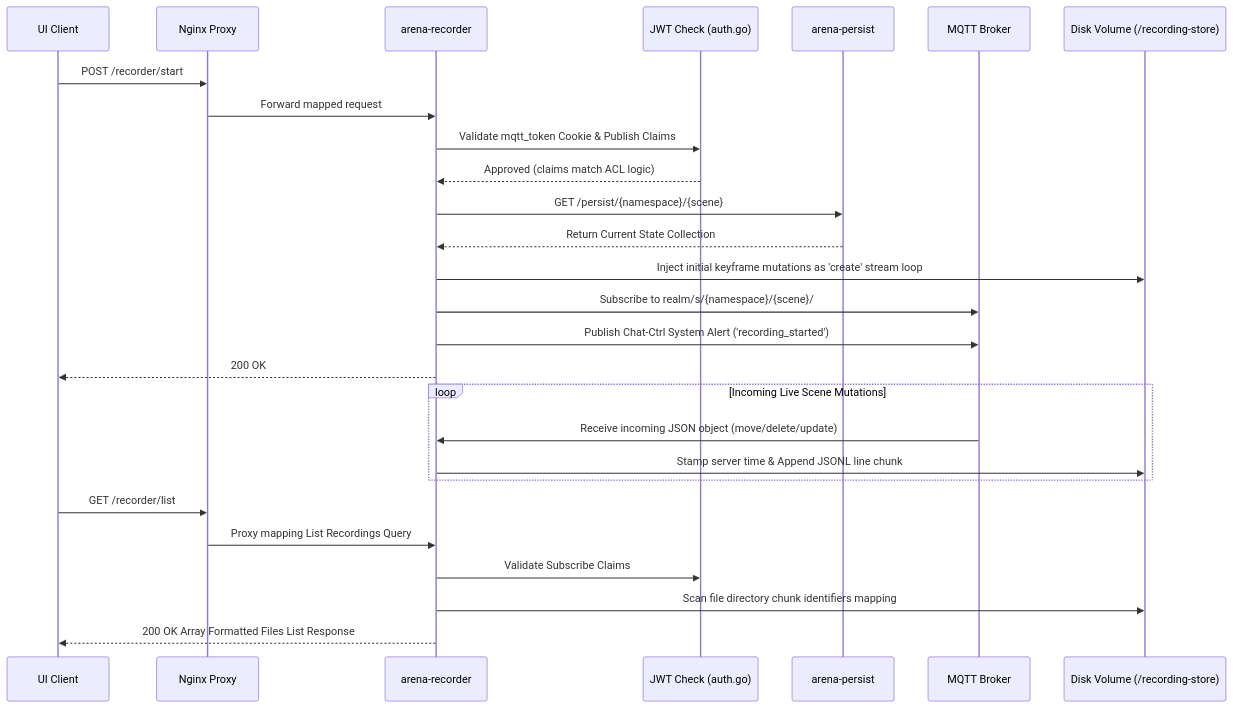
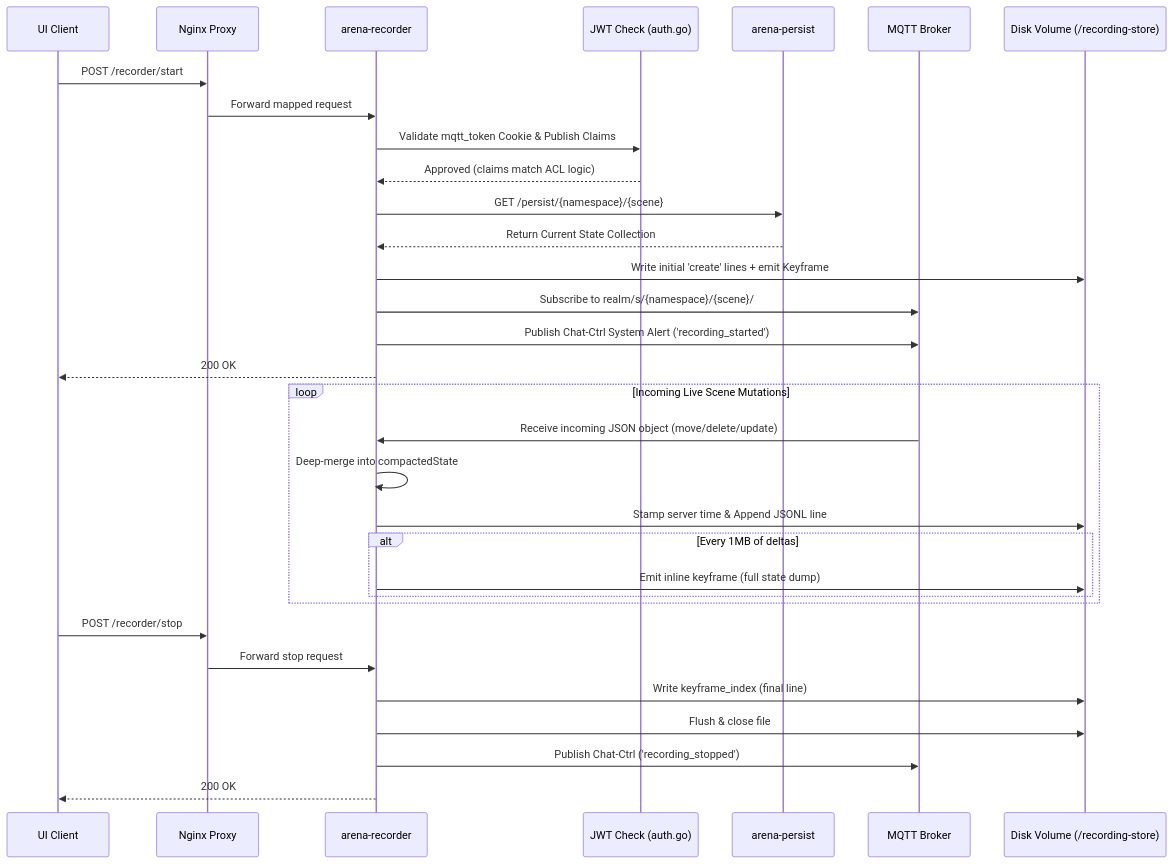
One commit to arenaxr/arena-recorder changed the second of 2 diagrams in REQUIREMENTS.md. Above: the diagram before and after it, drawn with Mermaid. The commit also changed other lines of this file, not shown here.

````diff
--- a/REQUIREMENTS.md
+++ b/REQUIREMENTS.md
@@ -79,34 +163,39 @@
 ```mermaid
 sequenceDiagram
     participant C as UI Client
     participant N as Nginx Proxy
     participant R as arena-recorder
     participant Auth as JWT Check (auth.go)
     participant P as arena-persist
     participant M as MQTT Broker
     participant D as Disk Volume (/recording-store)
 
     C->>N: POST /recorder/start
     N->>R: Forward mapped request
     R->>Auth: Validate mqtt_token Cookie & Publish Claims
     Auth-->>R: Approved (claims match ACL logic)
 
     R->>P: GET /persist/{namespace}/{scene}
     P-->>R: Return Current State Collection
-    R->>D: Inject initial keyframe mutations as 'create' stream loop
+    R->>D: Write initial 'create' lines + emit Keyframe #0
 
     R->>M: Subscribe to realm/s/{namespace}/{scene}/#
     R->>M: Publish Chat-Ctrl System Alert ('recording_started')
     R-->>C: 200 OK
 
     loop Incoming Live Scene Mutations
         M->>R: Receive incoming JSON object (move/delete/update)
-        R->>D: Stamp server time & Append JSONL line chunk
+        R->>R: Deep-merge into compactedState
+        R->>D: Stamp server time & Append JSONL line
+        alt Every 1MB of deltas
+            R->>D: Emit inline keyframe (full state dump)
+        end
     end
 
-    C->>N: GET /recorder/list
-    N->>R: Proxy mapping List Recordings Query
-    R->>Auth: Validate Subscribe Claims
-    R->>D: Scan file directory chunk identifiers mapping
-    R-->>C: 200 OK Array Formatted Files List Response
+    C->>N: POST /recorder/stop
+    N->>R: Forward stop request
+    R->>D: Write keyframe_index (final line)
+    R->>D: Flush & close file
+    R->>M: Publish Chat-Ctrl ('recording_stopped')
+    R-->>C: 200 OK
 ```
````
